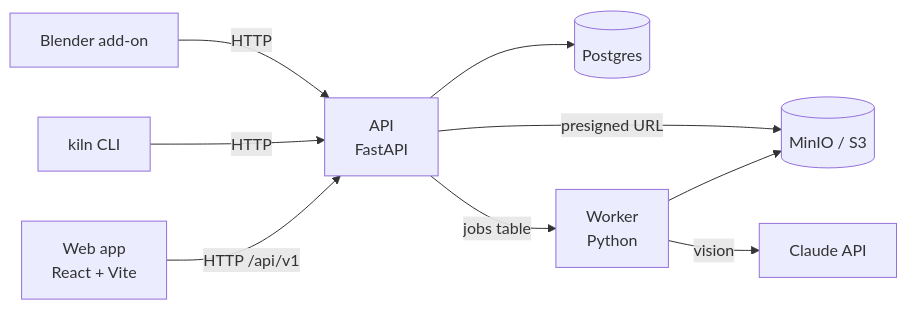
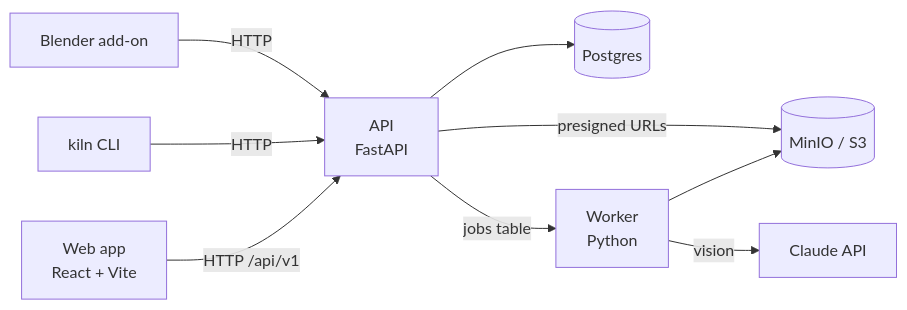
The diagram in README.md (deputychinh/Kiln), drawn with Mermaid before and after one commit. The commit also changed other lines of this file and 12 other files, not shown here.

````diff
--- a/README.md
+++ b/README.md
@@ -35,11 +33,11 @@
 ```mermaid
 flowchart LR
   blender[Blender add-on] -->|HTTP| api
   cli[kiln CLI] -->|HTTP| api
   web[Web app<br/>React + Vite] -->|HTTP /api/v1| api[API<br/>FastAPI]
   api --> db[(Postgres)]
-  api -->|presigned URL| s3[(MinIO / S3)]
+  api -->|presigned URLs| s3[(MinIO / S3)]
   api -->|jobs table| worker[Worker<br/>Python]
   worker --> s3
   worker -->|vision| claude[Claude API]
 ```
````
